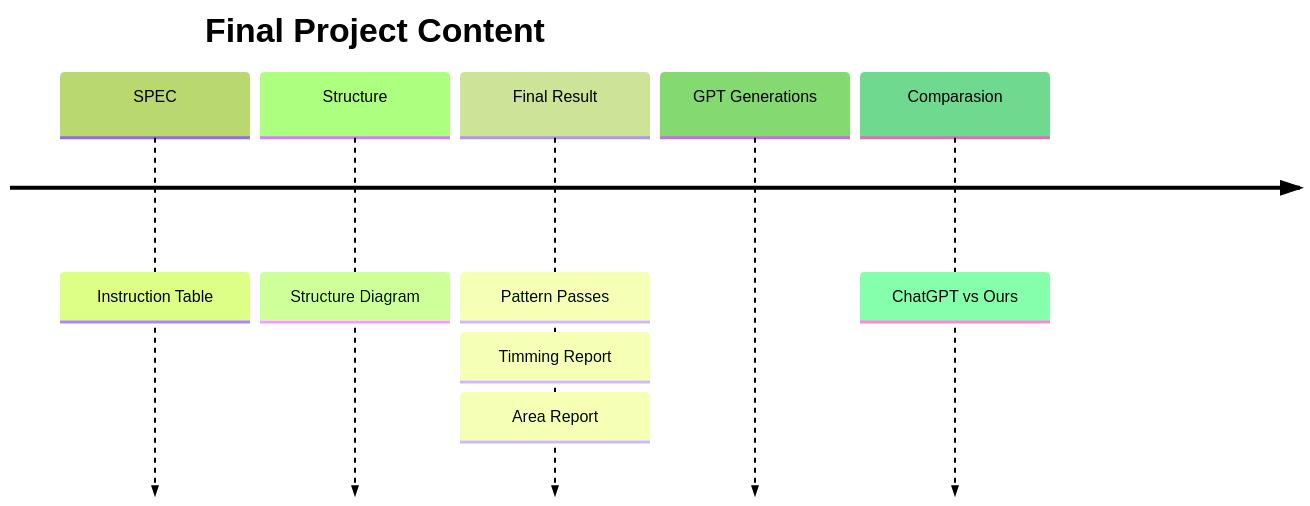
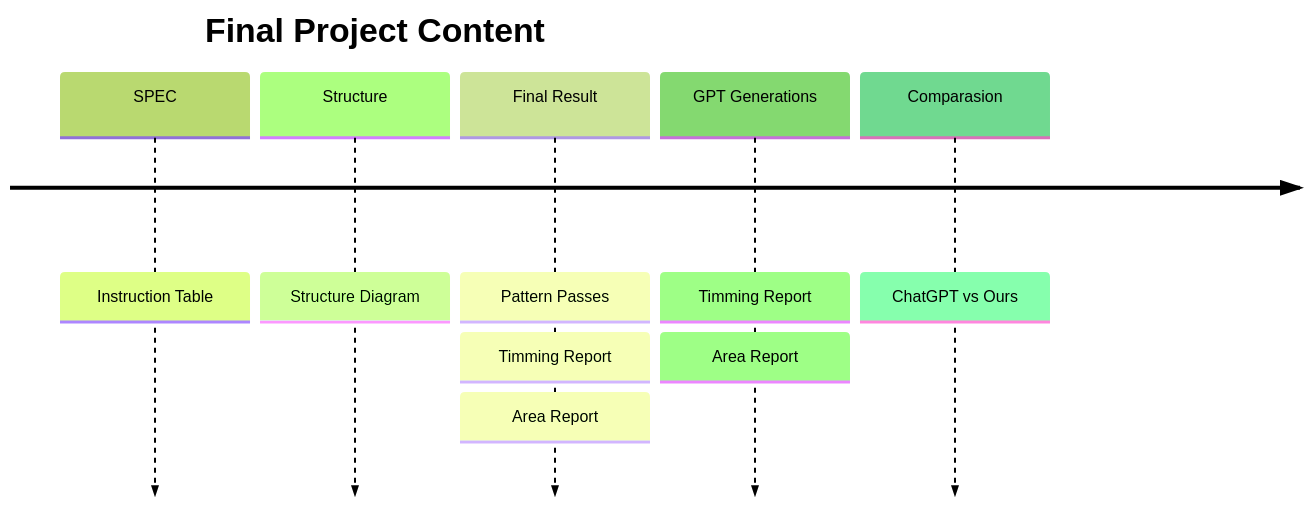
The diagram in FINAL/README.md (macplanck/VLSI), drawn with Mermaid (forest theme) before and after one commit. The commit also changed other lines of this file and 12 other files, not shown here.

Commit message:
GPT_Report_update

````diff
--- a/FINAL/README.md
+++ b/FINAL/README.md
@@ -7,14 +7,15 @@
 ```mermaid
 
 timeline
     title Final Project Content
     SPEC                : Instruction Table
     Structure           : Structure Diagram
     Final Result        : Pattern Passes
                         : Timming Report
                         : Area Report
-    GPT Generations     
+    GPT Generations     : Timming Report
+                        : Area Report
     Comparasion         : ChatGPT vs Ours
 
 
 ```
````
